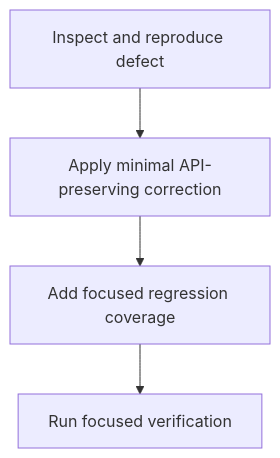
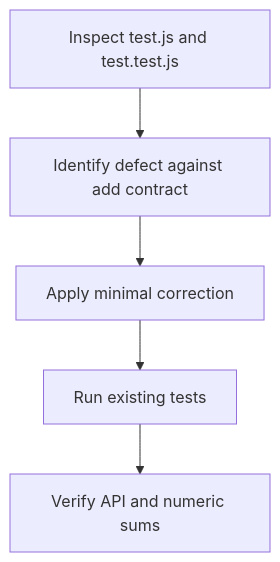
Before and after one commit to md-software-factory/todo-app: the diagram in .factory/issues/2/tech-spec.md, drawn with Mermaid. The commit also changed other lines of this file and 11 other files, not shown here.

````diff
--- a/.factory/issues/2/tech-spec.md
+++ b/.factory/issues/2/tech-spec.md
@@ -45,6 +47,7 @@
 ```mermaid
 flowchart TD
-  A[Inspect and reproduce defect] --> B[Apply minimal API-preserving correction]
-  B --> C[Add focused regression coverage]
-  C --> D[Run focused verification]
+  A[Inspect test.js and test.test.js] --> B[Identify defect against add contract]
+  B --> C[Apply minimal correction]
+  C --> D[Run existing tests]
+  D --> E[Verify API and numeric sums]
 ```
````
